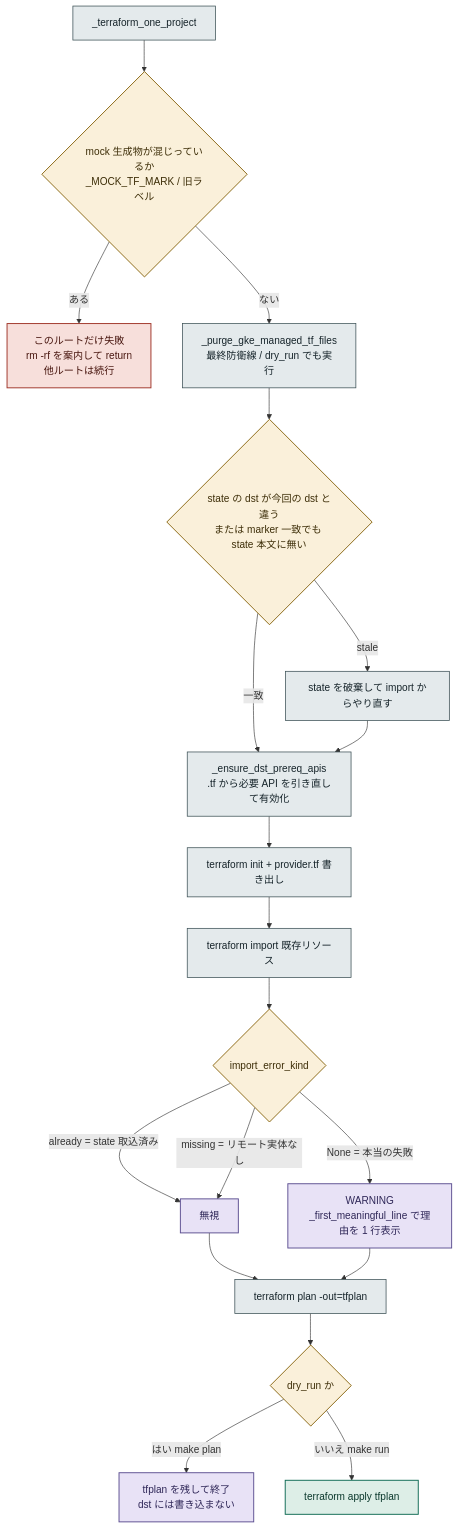
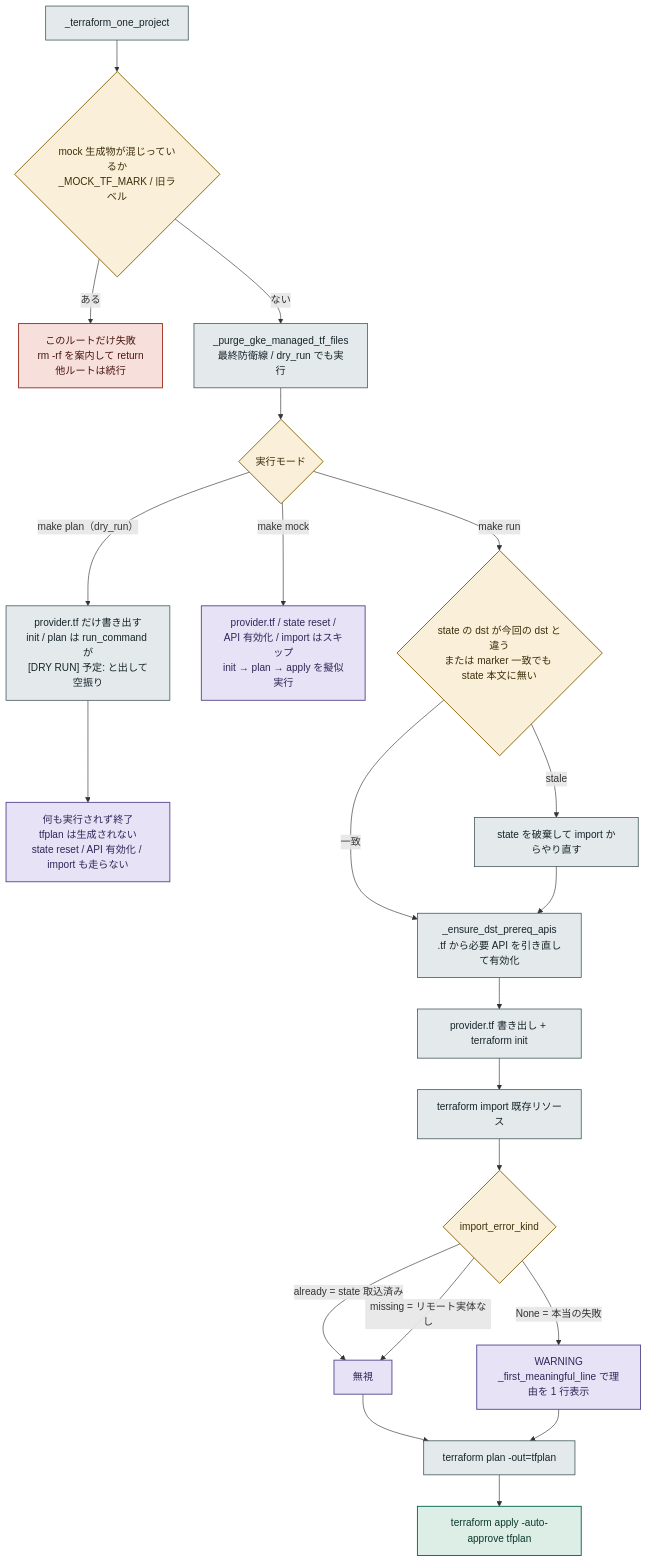
The fifth of 6 diagrams in architecture/sync-env-flow.md (shin5ok/gcp-copy-allenv), drawn with Mermaid before and after one commit. The commit also changed other lines of this file and 3 other files, not shown here.

Commit message:
docs: 実行フロー図を Markdown 一本にし実装との齟齬を修正

````diff
--- a/architecture/sync-env-flow.md
+++ b/architecture/sync-env-flow.md
@@ -188,33 +214,35 @@
 ```mermaid
 %%{init: {"theme":"base","themeVariables":{"fontFamily":"ui-monospace, Menlo, Consolas, 'Hiragino Kaku Gothic ProN', 'Yu Gothic', sans-serif","fontSize":"13px","lineColor":"#7C8D92","textColor":"#16242A","edgeLabelBackground":"#EDF1F1"}}}%%
 flowchart TD
   A["_terraform_one_project"] --> D1{"mock 生成物が混じっているか<br/>_MOCK_TF_MARK / 旧ラベル"}
   D1 -->|"ある"| F1["このルートだけ失敗<br/>rm -rf を案内して return<br/>他ルートは続行"]
   D1 -->|"ない"| P["_purge_gke_managed_tf_files<br/>最終防衛線 / dry_run でも実行"]
-  P --> D2{"state の dst が今回の dst と違う<br/>または marker 一致でも state 本文に無い"}
+  P --> D0{"実行モード"}
+  D0 -->|"make plan（dry_run）"| I["provider.tf だけ書き出す<br/>init / plan は run_command が<br/>[DRY RUN] 予定: と出して空振り"]
+  I --> STOP["何も実行されず終了<br/>tfplan は生成されない<br/>state reset / API 有効化 / import も走らない"]
+  D0 -->|"make mock"| MK["provider.tf / state reset /<br/>API 有効化 / import はスキップ<br/>init → plan → apply を擬似実行"]
+  D0 -->|"make run"| D2{"state の dst が今回の dst と違う<br/>または marker 一致でも state 本文に無い"}
   D2 -->|"stale"| R["state を破棄して import からやり直す"]
   D2 -->|"一致"| E["_ensure_dst_prereq_apis<br/>.tf から必要 API を引き直して有効化"]
   R --> E
-  E --> I["terraform init + provider.tf 書き出し"]
-  I --> IM["terraform import 既存リソース"]
+  E --> I2["provider.tf 書き出し + terraform init"]
+  I2 --> IM["terraform import 既存リソース"]
   IM --> D3{"import_error_kind"}
   D3 -->|"already = state 取込済み"| OKI["無視"]
   D3 -->|"missing = リモート実体なし"| OKI
   D3 -->|"None = 本当の失敗"| W1["WARNING<br/>_first_meaningful_line で理由を 1 行表示"]
-  OKI --> PL["terraform plan -out=tfplan"]
-  W1 --> PL
-  PL --> D4{"dry_run か"}
-  D4 -->|"はい make plan"| STOP["tfplan を残して終了<br/>dst には書き込まない"]
-  D4 -->|"いいえ make run"| AP["terraform apply tfplan"]
+  OKI --> PL2["terraform plan -out=tfplan"]
+  W1 --> PL2
+  PL2 --> AP["terraform apply -auto-approve tfplan"]
 
   classDef gate fill:#FAF0DA,stroke:#8A6612,stroke-width:1.5px,color:#3D2E08;
   classDef skip fill:#E8E2F6,stroke:#5C4F91,stroke-width:1.5px,color:#2F2758;
   classDef halt fill:#F7DFDB,stroke:#9F3428,stroke-width:1.5px,color:#48160F;
   classDef pass fill:#DDEEE7,stroke:#0D6A53,stroke-width:1.5px,color:#0A382C;
   classDef step fill:#E4EAEC,stroke:#3E5257,stroke-width:1.2px,color:#16242A;
-  class D1,D2,D3,D4 gate;
+  class D0,D1,D2,D3 gate;
   class F1 halt;
-  class OKI,W1,STOP skip;
+  class OKI,W1,STOP,MK skip;
   class AP pass;
-  class A,P,R,E,I,IM,PL step;
+  class A,P,R,E,I,I2,IM,PL2 step;
 ```
````
